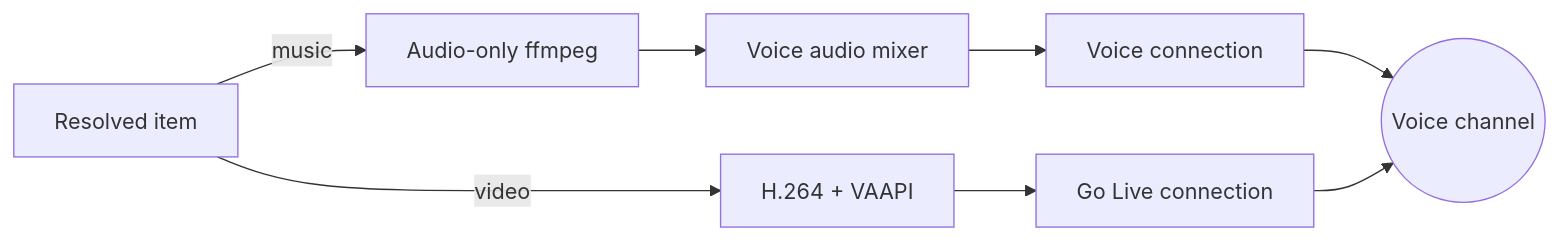
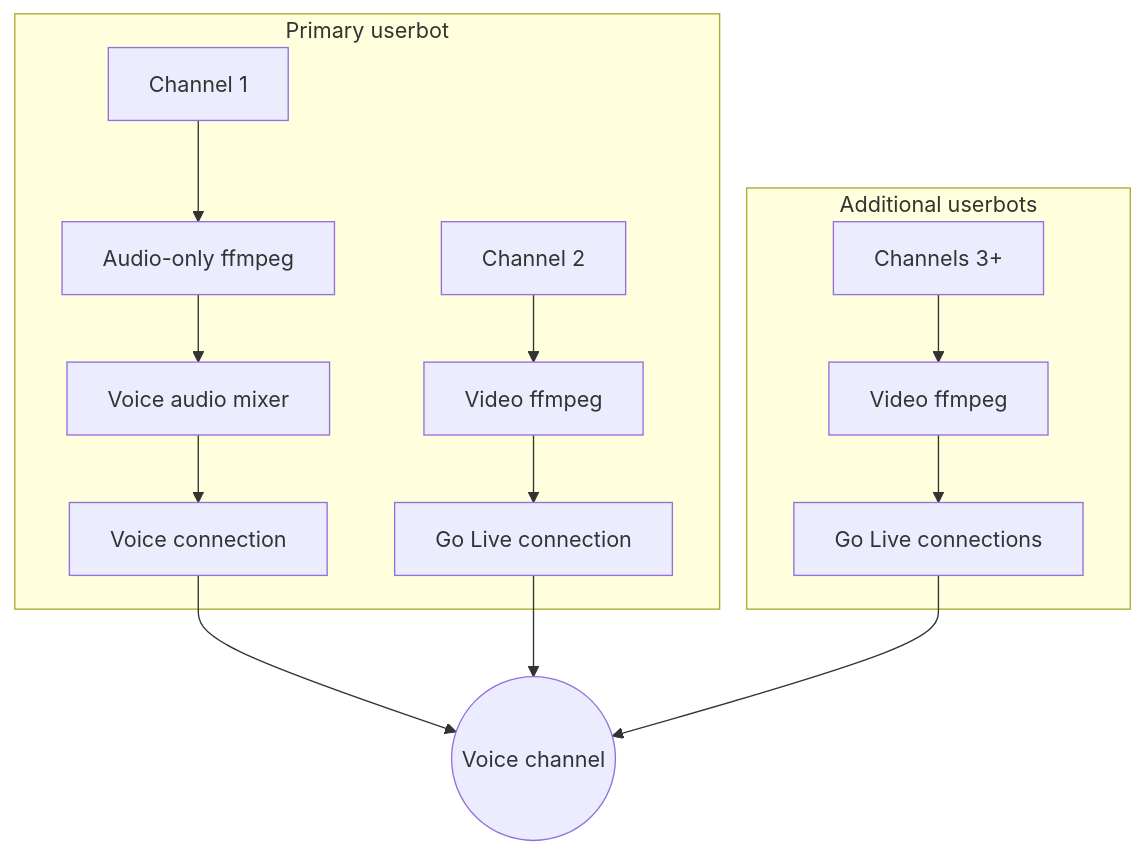
The diagram in packages/docs/wiki/src/content/docs/explanation/streambot-transports.md (shepherdjerred/monorepo), drawn with Mermaid before and after one commit. The commit also changed other lines of this file and 61 other files, not shown here.

First line of the commit message:
feat(streambot): share numbered audio and video playback channels

````diff
--- a/packages/docs/wiki/src/content/docs/explanation/streambot-transports.md
+++ b/packages/docs/wiki/src/content/docs/explanation/streambot-transports.md
@@ -43,12 +78,19 @@
 ```mermaid
-flowchart LR
+flowchart TB
   accTitle: Streambot playback transports
-  accDescr: One userbot joins one voice channel. Music resolves to an audio-only ffmpeg pipeline sent over the ordinary voice connection. Video resolves to a Go Live connection carrying an encoded H.264 stream.
-  R[Resolved item] -->|music| A[Audio-only ffmpeg]
-  R -->|video| V[H.264 + VAAPI]
-  A --> M[Voice audio mixer]
-  M --> VC[Voice connection]
-  V --> GL[Go Live connection]
+  accDescr: Channels 1 and 2 share one userbot. Channel 1 sends microphone audio through its voice mixer while channel 2 sends video and its soundtrack over Go Live. Higher channels use additional userbots in the same voice channel.
+  subgraph P[Primary userbot]
+    S1[Channel 1] --> A[Audio-only ffmpeg]
+    S2[Channel 2] --> V[Video ffmpeg]
+    A --> M[Voice audio mixer]
+    M --> VC[Voice connection]
+    V --> GL[Go Live connection]
+  end
+  subgraph H[Additional userbots]
+    SN[Channels 3+] --> VH[Video ffmpeg]
+    VH --> GH[Go Live connections]
+  end
   VC --> C((Voice channel))
   GL --> C
+  GH --> C
 ```
````
